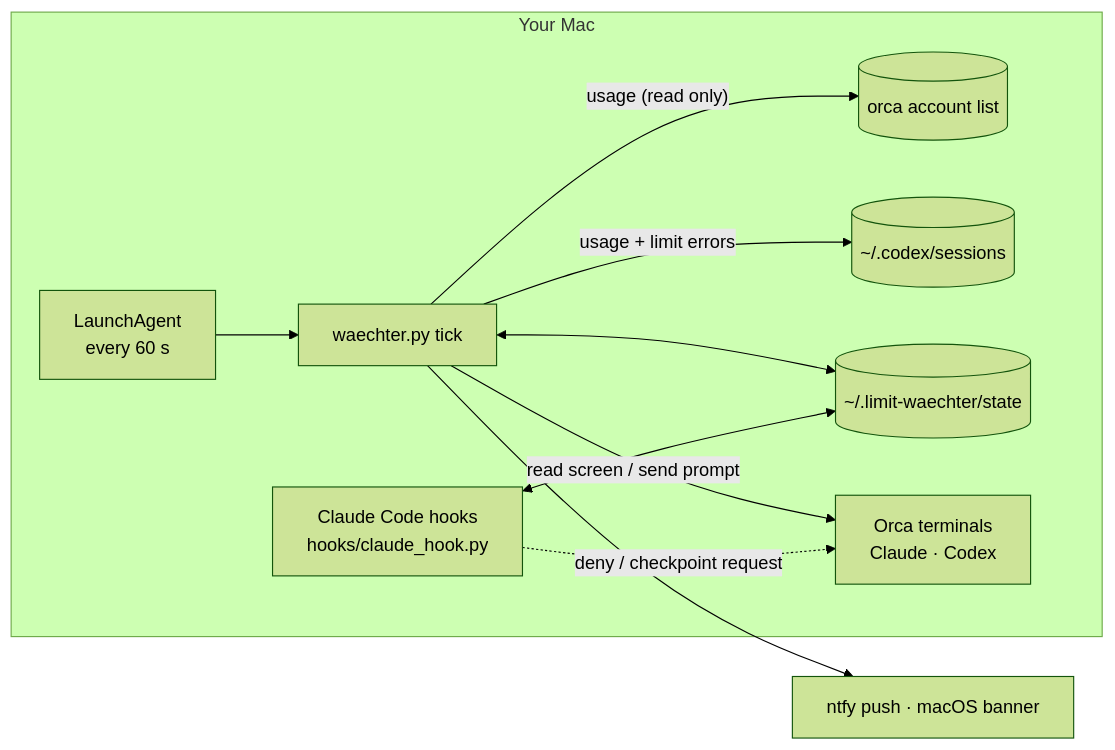
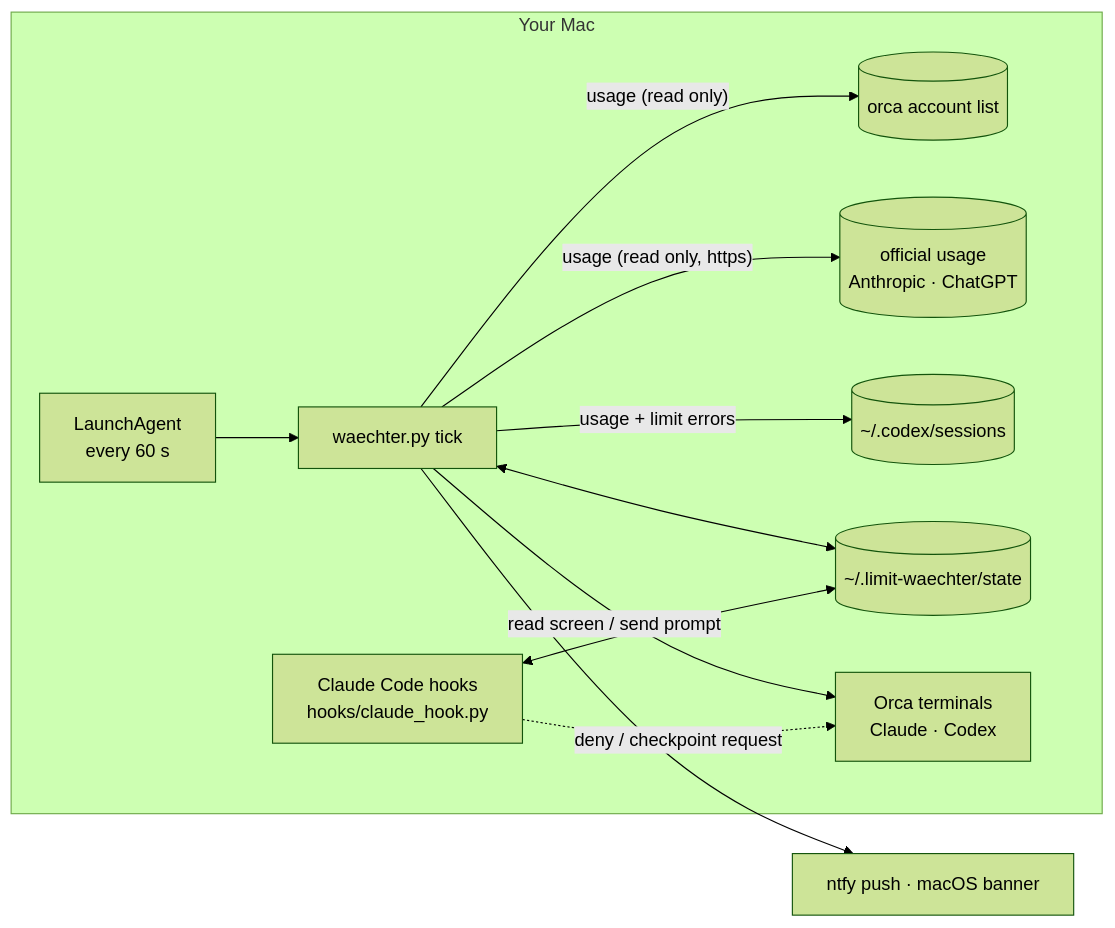
Before and after one commit to gabba6/agent-limit-watchdog: the diagram in README.md, drawn with Mermaid (forest theme). The commit also changed other lines of this file and 9 other files, not shown here.

````diff
--- a/README.md
+++ b/README.md
@@ -86,13 +96,14 @@
 ```mermaid
 flowchart LR
   subgraph mac [Your Mac]
     LA["LaunchAgent<br/>every 60 s"] --> T["waechter.py tick"]
     T -- "usage (read only)" --> O[("orca account list")]
+    T -- "usage (read only, https)" --> U[("official usage<br/>Anthropic · ChatGPT")]
     T -- "usage + limit errors" --> R[("~/.codex/sessions")]
     T <--> S[("~/.limit-waechter/state")]
     H["Claude Code hooks<br/>hooks/claude_hook.py"] <--> S
     T -- "read screen / send prompt" --> OT["Orca terminals<br/>Claude · Codex"]
     H -. "deny / checkpoint request" .-> OT
   end
   T --> N["ntfy push · macOS banner"]
 ```
````
